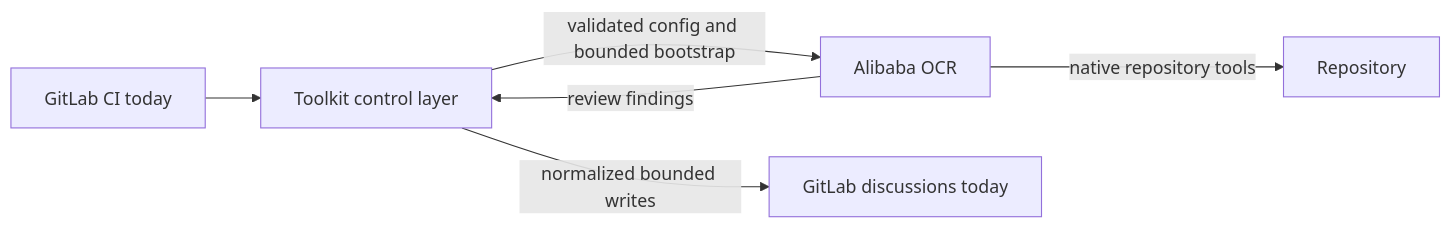
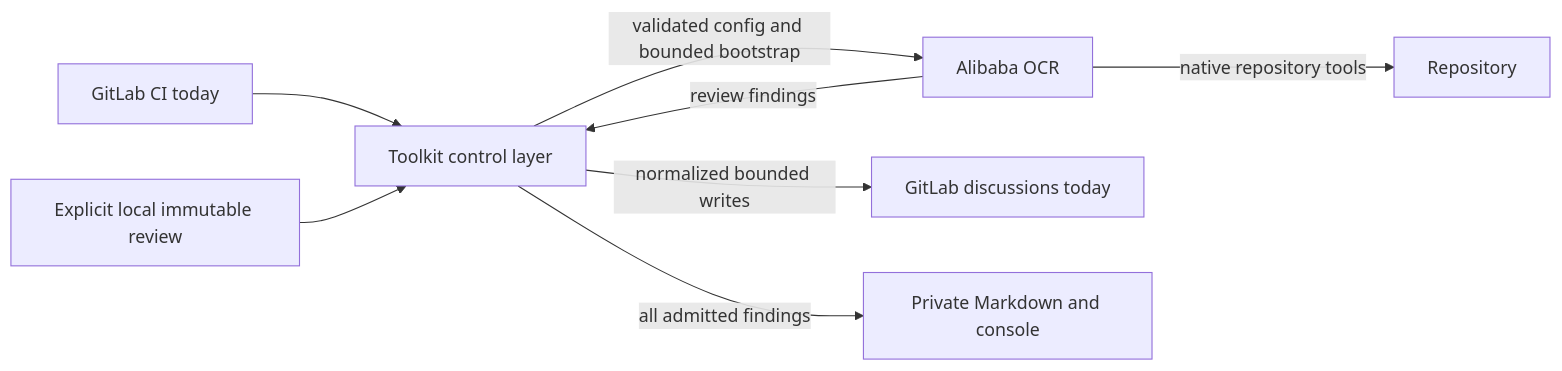
The first of 2 diagrams in docs/engineering/toolkit_strategy.md (xeonvs/open-code-review-toolkit), drawn with Mermaid before and after one commit. The commit also changed other lines of this file and 60 other files, not shown here.

First line of the commit message:
Toolkit 0.10.0: local review provider, diagnostics and OCR controls

````diff
--- a/docs/engineering/toolkit_strategy.md
+++ b/docs/engineering/toolkit_strategy.md
@@ -11,8 +11,10 @@
 ```mermaid
 flowchart LR
     CI[GitLab CI today] --> CT[Toolkit control layer]
+    LOCAL[Explicit local immutable review] --> CT
     CT -->|validated config and bounded bootstrap| OCR[Alibaba OCR]
     OCR -->|review findings| CT
     CT -->|normalized bounded writes| GL[GitLab discussions today]
+    CT -->|all admitted findings| MD[Private Markdown and console]
     OCR -->|native repository tools| REPO[Repository]
 ```
````
